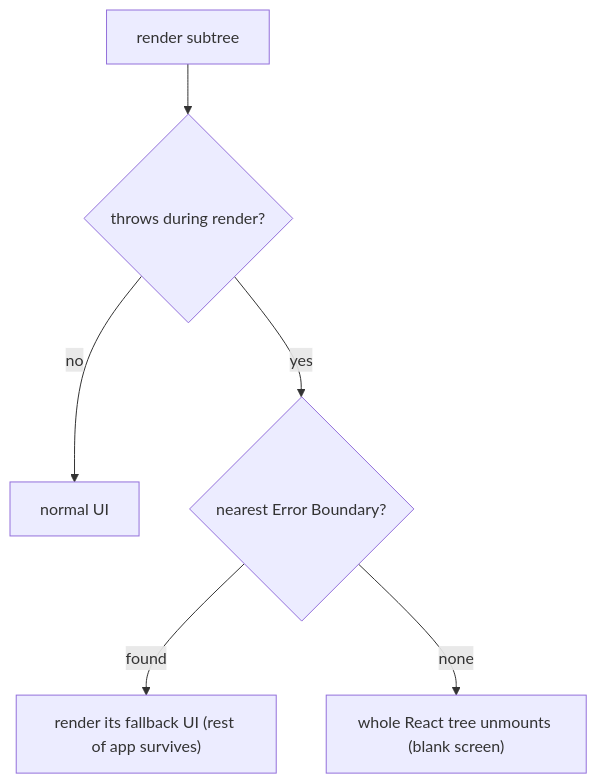
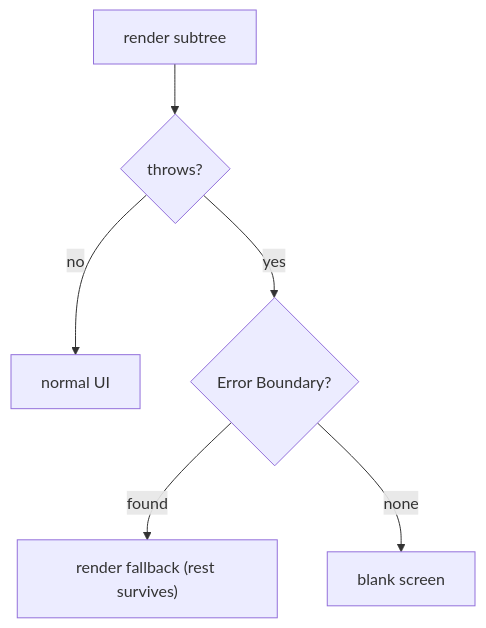
One commit to ashishxcode/frontend-internals changed the diagram in packages/content/content/22-error-handling.mdx. Above: the diagram before and after it, drawn with Mermaid. The commit also changed other lines of this file and 34 other files, not shown here.

````diff
--- a/packages/content/content/22-error-handling.mdx
+++ b/packages/content/content/22-error-handling.mdx
@@ -64,8 +50,8 @@
 ```mermaid
 flowchart TD
-  render["render subtree"] --> throws{throws during render?}
+  render["render subtree"] --> throws{throws?}
   throws -->|no| ok[normal UI]
-  throws -->|yes| eb{nearest Error Boundary?}
-  eb -->|found| fb["render its fallback UI (rest of app survives)"]
-  eb -->|none| crash["whole React tree unmounts (blank screen)"]
+  throws -->|yes| eb{Error Boundary?}
+  eb -->|found| fb["render fallback (rest survives)"]
+  eb -->|none| crash["blank screen"]
 ```
````
